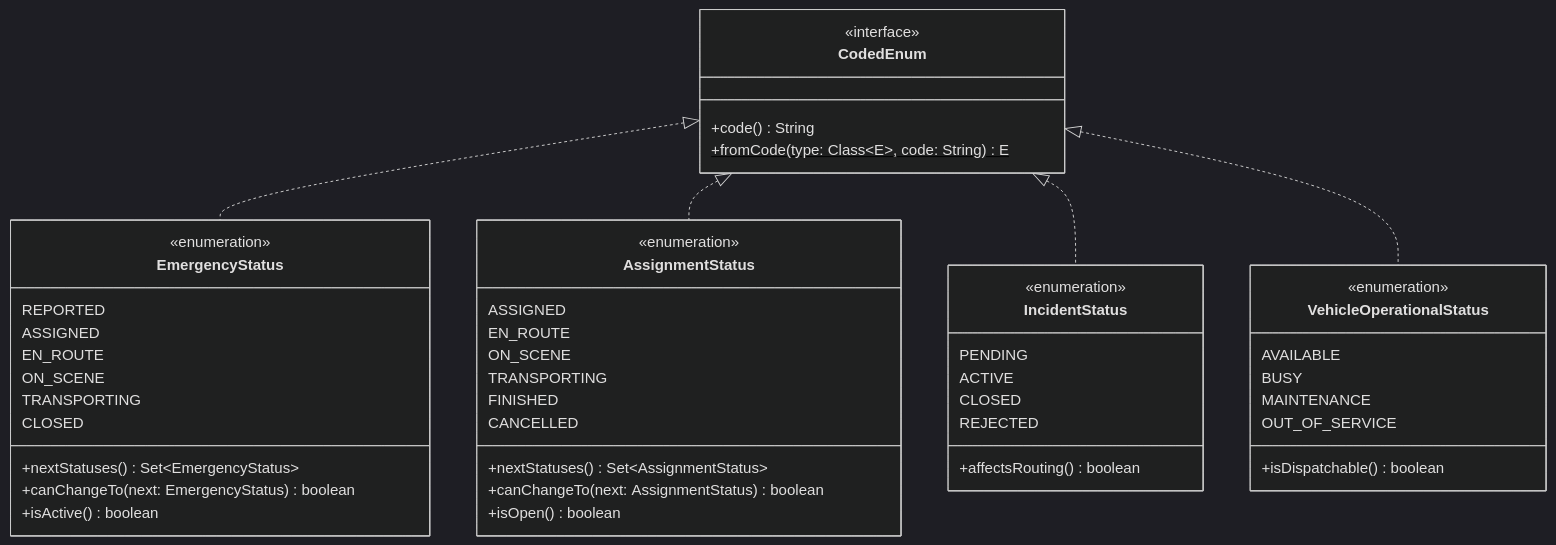
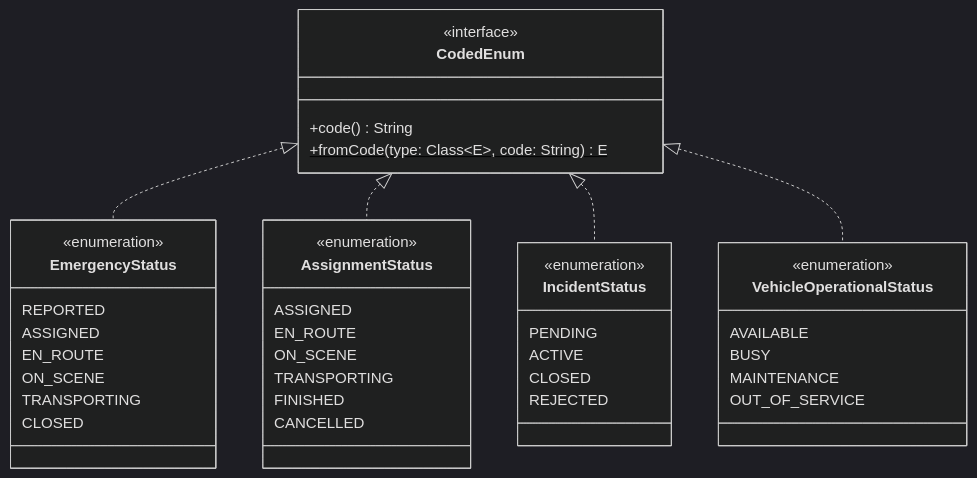
Before and after one commit to afzabaleta/RutaVida: the sixth of 23 diagrams in docs/class-diagram.md, drawn with Mermaid (dark theme). The commit also changed other lines of this file and 12 other files, not shown here.

````diff
--- a/docs/class-diagram.md
+++ b/docs/class-diagram.md
@@ -469,58 +408,50 @@
 ```mermaid
 ---
 config:
   markdownAutoWrap: false
 ---
 classDiagram
     direction TB
 
     class CodedEnum {
         <<interface>>
         +code() String
         +fromCode(type: Class~E~, code: String) E$
     }
     class EmergencyStatus {
         <<enumeration>>
         REPORTED
         ASSIGNED
         EN_ROUTE
         ON_SCENE
         TRANSPORTING
         CLOSED
-        +nextStatuses() Set~EmergencyStatus~
-        +canChangeTo(next: EmergencyStatus) boolean
-        +isActive() boolean
     }
     class AssignmentStatus {
         <<enumeration>>
         ASSIGNED
         EN_ROUTE
         ON_SCENE
         TRANSPORTING
         FINISHED
         CANCELLED
-        +nextStatuses() Set~AssignmentStatus~
-        +canChangeTo(next: AssignmentStatus) boolean
-        +isOpen() boolean
     }
     class IncidentStatus {
         <<enumeration>>
         PENDING
         ACTIVE
         CLOSED
         REJECTED
-        +affectsRouting() boolean
     }
     class VehicleOperationalStatus {
         <<enumeration>>
         AVAILABLE
         BUSY
         MAINTENANCE
         OUT_OF_SERVICE
-        +isDispatchable() boolean
     }
     CodedEnum <|.. EmergencyStatus
     CodedEnum <|.. AssignmentStatus
     CodedEnum <|.. IncidentStatus
     CodedEnum <|.. VehicleOperationalStatus
 ```
````
